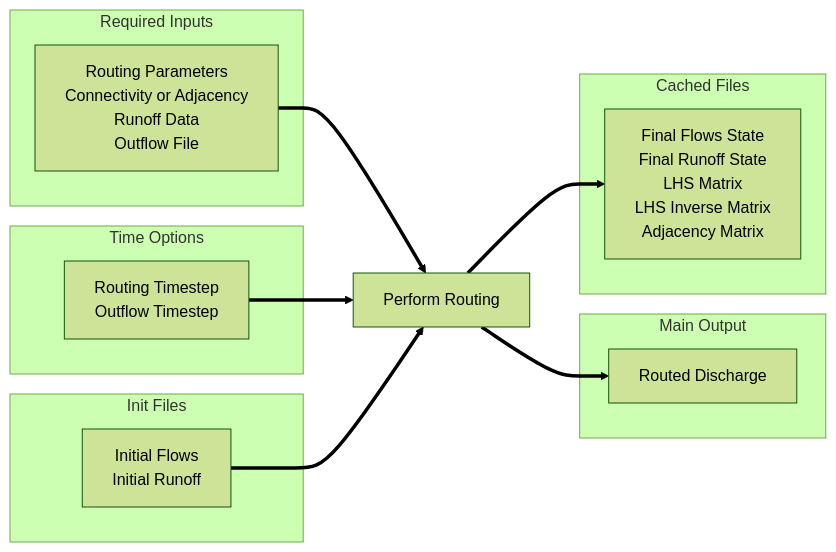
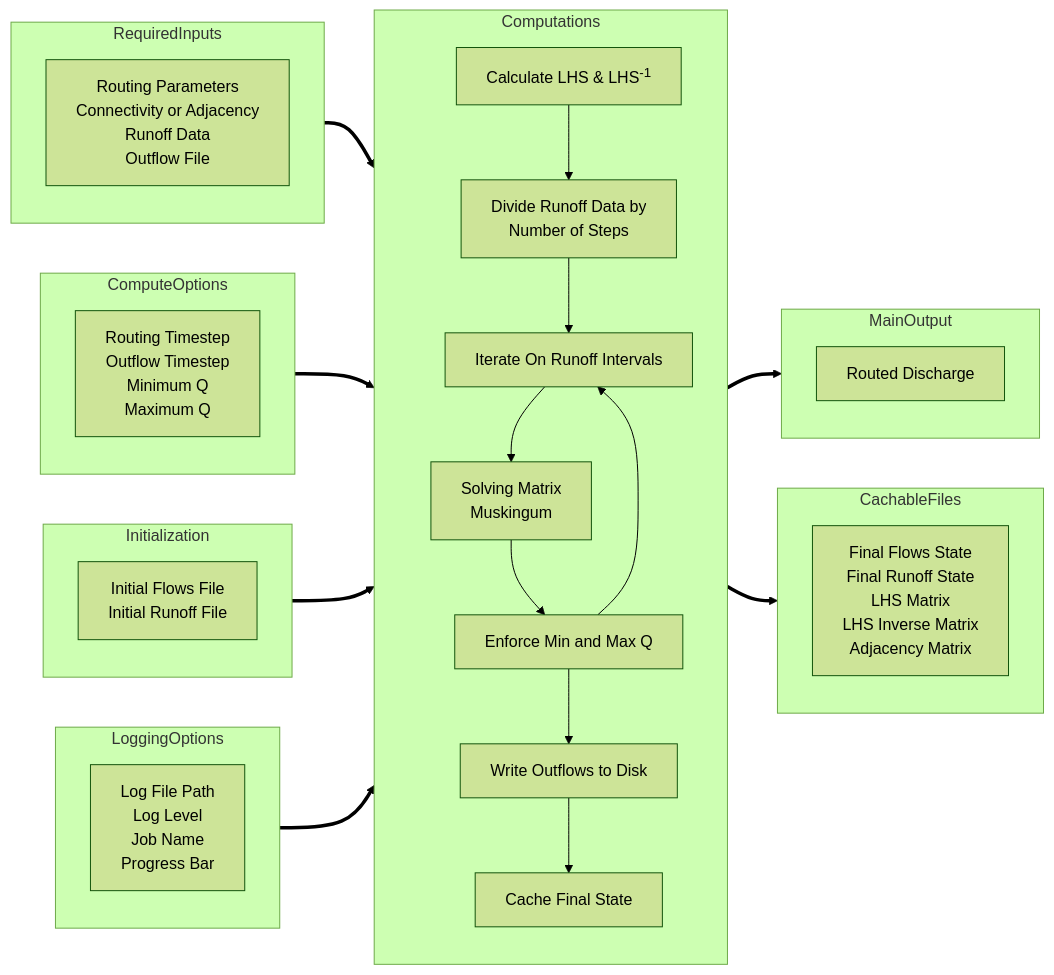
The diagram in README.md (rileyhales/river-route), drawn with Mermaid (forest theme) before and after one commit. The commit also changed other lines of this file and 8 other files, not shown here.

````diff
--- a/README.md
+++ b/README.md
@@ -63,44 +101,43 @@
 ```mermaid
+---
+Title: River Route Process Diagram
+---
 graph LR
-subgraph "Required Inputs"
-Inputs["
-Routing Parameters
-Connectivity or Adjacency
-Runoff Data
-Outflow File
-"]
-end
+    subgraph "RequiredInputs"
+        Inputs["Routing Parameters \n Connectivity or Adjacency \n Runoff Data \n Outflow File"]
+    end
 
-subgraph "Time Options"
-TimeParameters["
-Routing Timestep
-Outflow Timestep
-"]
-end
+    subgraph "ComputeOptions"
+        co1["Routing Timestep \n Outflow Timestep \n Minimum Q \n Maximum Q"]
+    end
 
-subgraph "Init Files"
-Initialization["
-Initial Flows
-Initial Runoff
-"]
-end
+    subgraph "Initialization"
+        i1["Initial Flows File \n Initial Runoff File"]
+    end
 
-Routing[Perform Routing]
+    subgraph "LoggingOptions"
+        management["Log File Path \n Log Level \n Job Name \n Progress Bar"]
+    end
 
-subgraph "Main Output"
-Result[Routed Discharge]
-end
+    subgraph "Computations"
+        direction TB
+        a[Calculate LHS & LHS<sup>-1</sup>] --> b
+        b[Divide Runoff Data by \n Number of Steps] --> c
+        c[Iterate On Runoff Intervals] --> d
+        d[Solving Matrix \n Muskingum] --> e
+        e[Enforce Min and Max Q] --> f & c
+        f[Write Outflows to Disk] --> g
+        g[Cache Final State]
+    end
 
-subgraph "Cached Files"
-CachedFiles["
-Final Flows State
-Final Runoff State
-LHS Matrix
-LHS Inverse Matrix
-Adjacency Matrix
-"]
-end
+    subgraph "MainOutput"
+        Result[Routed Discharge]
+    end
 
-Inputs & TimeParameters & Initialization ==> Routing
-Routing ==> Result & CachedFiles
+    subgraph "CachableFiles"
+        CachedFiles["Final Flows State \n Final Runoff State \n LHS Matrix \n LHS Inverse Matrix \n Adjacency Matrix"]
+    end
+
+    RequiredInputs & ComputeOptions & Initialization & LoggingOptions ==> Computations
+    Computations ==> MainOutput & CachableFiles
 ```
````
